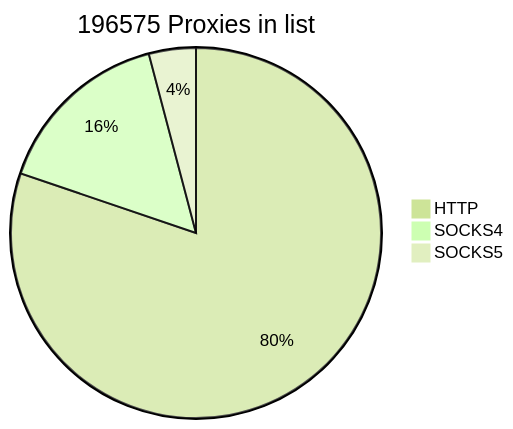
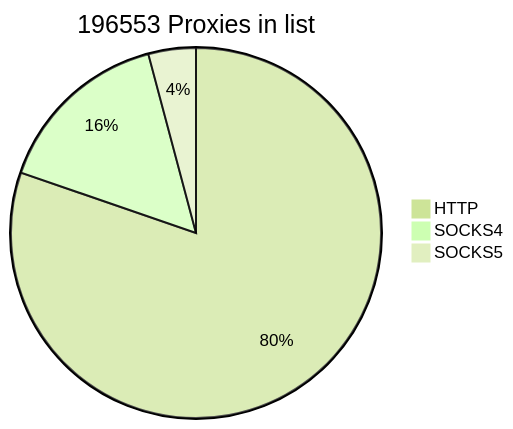
The first of 2 diagrams in README.md (cutipu/proxylist), drawn with Mermaid (forest theme) before and after one commit. The commit also changed other lines of this file, not shown here.

````diff
--- a/README.md
+++ b/README.md
@@ -2,7 +2,7 @@
 ```mermaid
-pie title 196575 Proxies in list
-    "HTTP" : 157678
-    "SOCKS4" : 30833
-    "SOCKS5" : 8064
+pie title 196553 Proxies in list
+    "HTTP" : 157796
+    "SOCKS4" : 30613
+    "SOCKS5" : 8144
             
 ```
````
